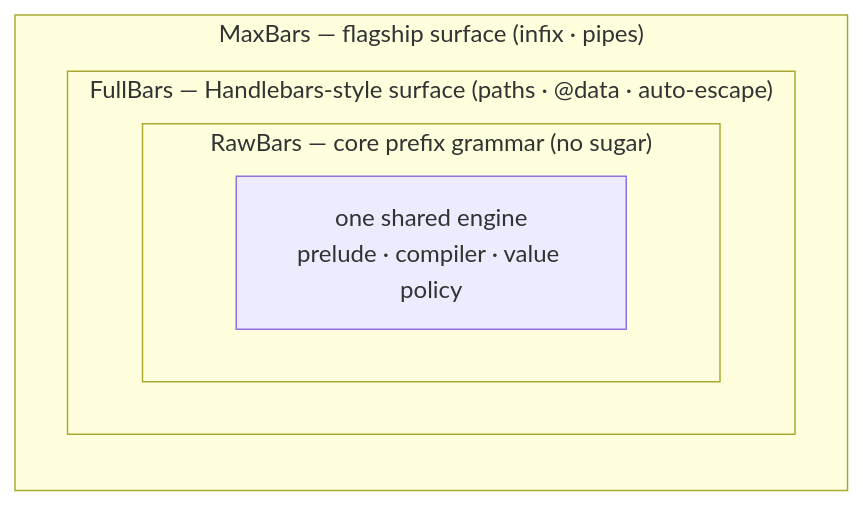
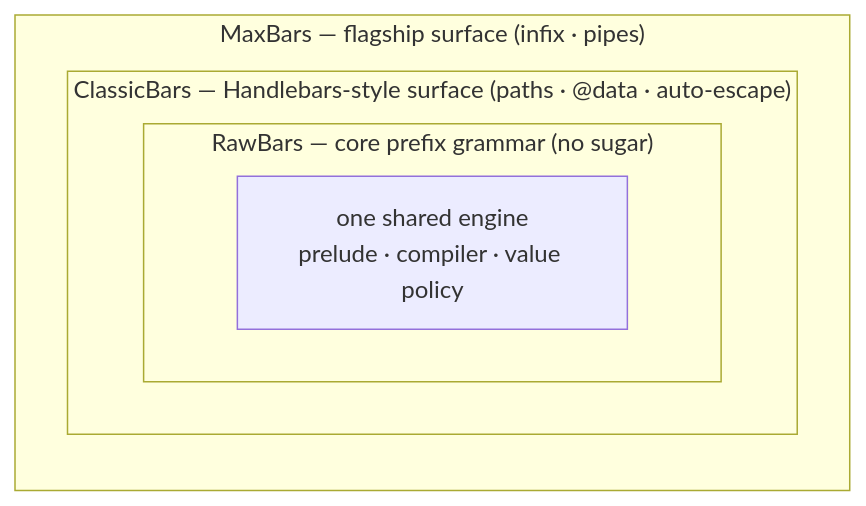
Before and after one commit to wstein/flatbars: the diagram in spec/src/content/docs/adr/adr-0005-dialect-ladder.mdx, drawn with Mermaid. The commit also changed other lines of this file and 263 other files, not shown here.

````diff
--- a/spec/src/content/docs/adr/adr-0005-dialect-ladder.mdx
+++ b/spec/src/content/docs/adr/adr-0005-dialect-ladder.mdx
@@ -24,10 +24,10 @@
 ```mermaid
 flowchart LR
     subgraph MaxBars["MaxBars — flagship surface (infix · pipes)"]
-        subgraph FullBars["FullBars — Handlebars-style surface (paths · @data · auto-escape)"]
+        subgraph ClassicBars["ClassicBars — Handlebars-style surface (paths · @data · auto-escape)"]
             subgraph RawBars["RawBars — core prefix grammar (no sugar)"]
                 engine["one shared engine<br/>prelude · compiler · value policy"]
             end
         end
     end
 ```
````
